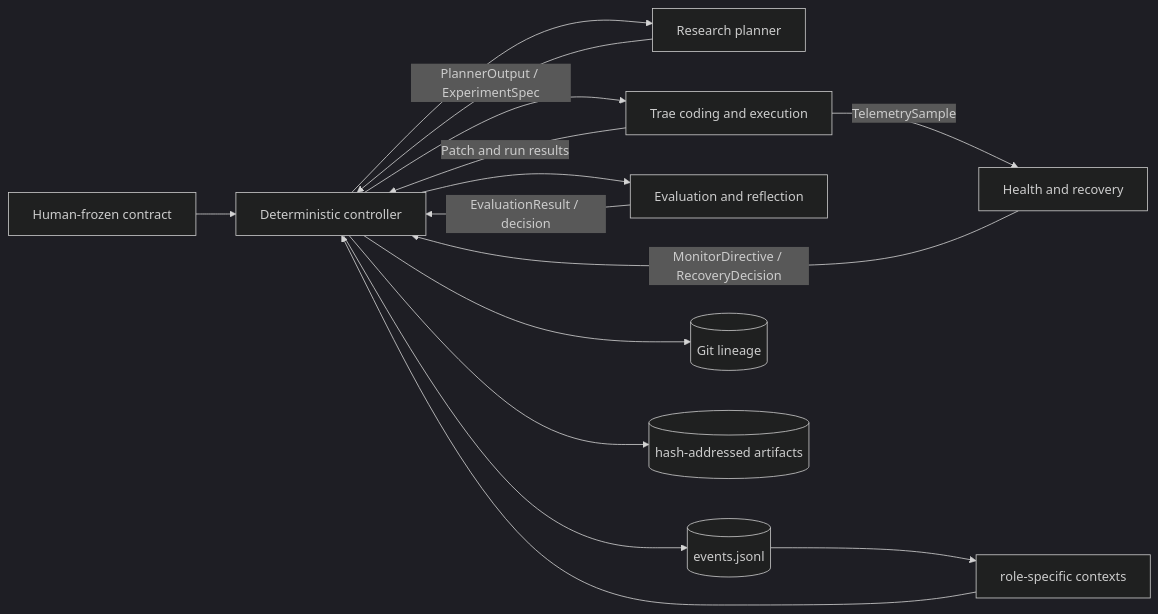
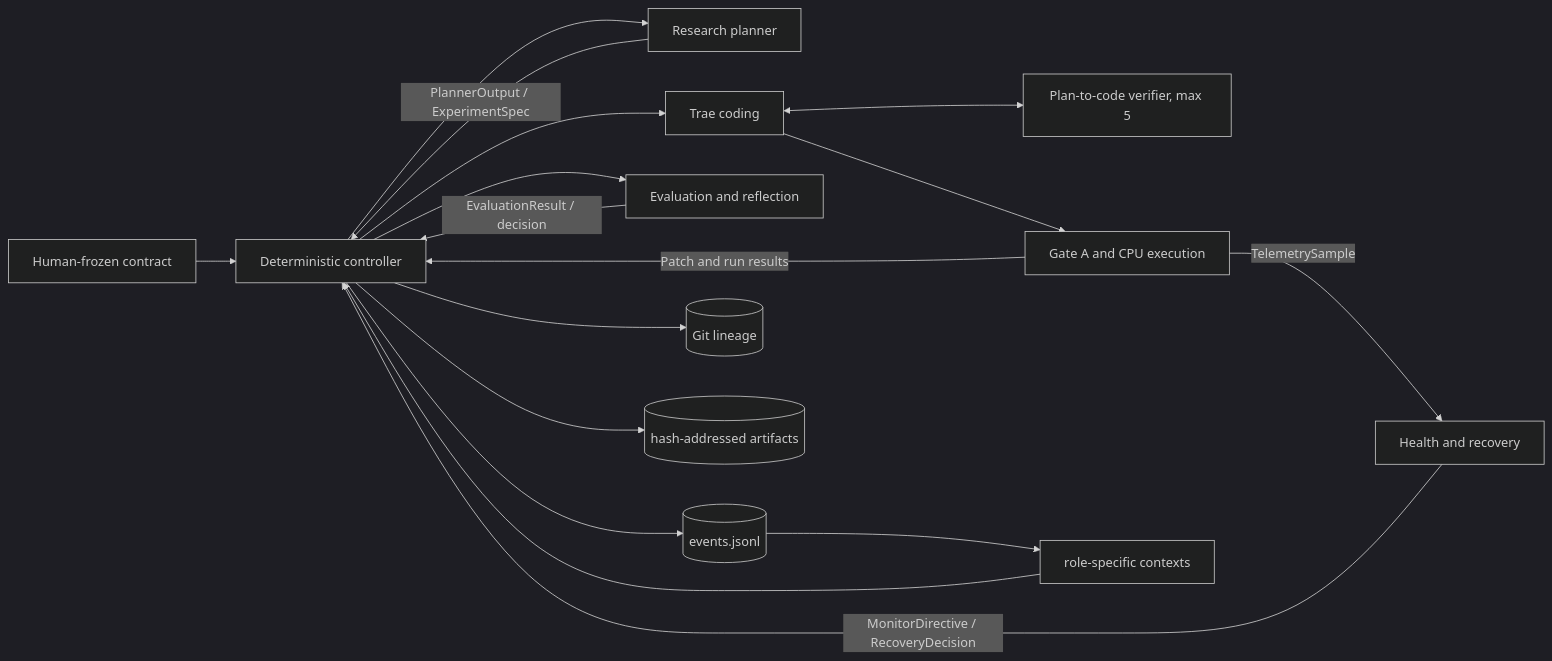
The diagram in README.md (JellyPenguinnn/tacorank), drawn with Mermaid (dark theme) before and after one commit. The commit also changed other lines of this file and 33 other files, not shown here.

Commit message:
Harden Trae coding validation and recovery

````diff
--- a/README.md
+++ b/README.md
@@ -65,17 +65,19 @@
 ```mermaid
 flowchart LR
     H[Human-frozen contract] --> O[Deterministic controller]
     O --> P1[Research planner]
     P1 -->|PlannerOutput / ExperimentSpec| O
-    O --> P3[Trae coding and execution]
-    P3 -->|TelemetrySample| P4[Health and recovery]
+    O --> P3[Trae coding]
+    P3 <--> V[Plan-to-code verifier, max 5]
+    P3 --> X[Gate A and CPU execution]
+    X -->|TelemetrySample| P4[Health and recovery]
     P4 -->|MonitorDirective / RecoveryDecision| O
-    P3 -->|Patch and run results| O
+    X -->|Patch and run results| O
     O --> P5[Evaluation and reflection]
     P5 -->|EvaluationResult / decision| O
     O --> E[(events.jsonl)]
     O --> G[(Git lineage)]
     O --> A[(hash-addressed artifacts)]
     E --> C[role-specific contexts]
     C --> O
 ```
````
